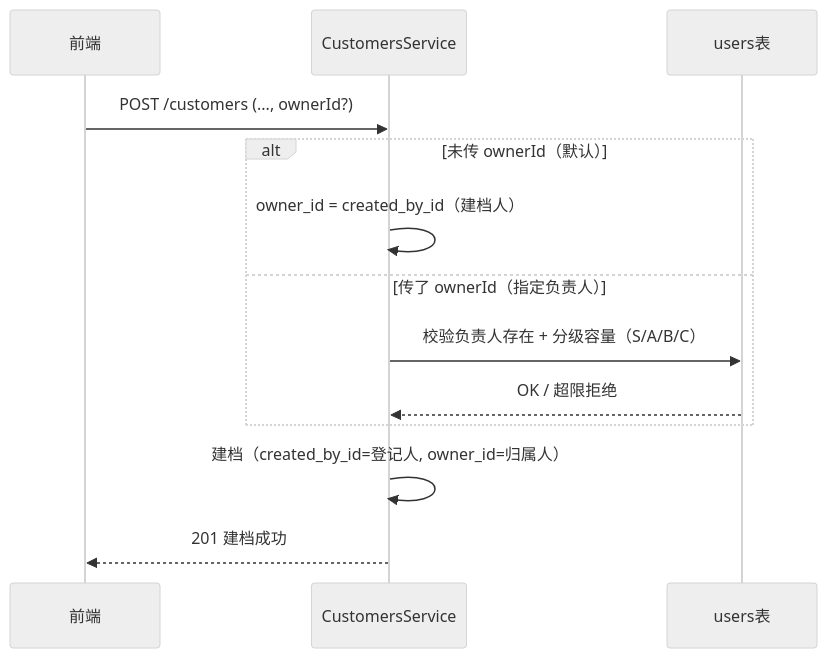
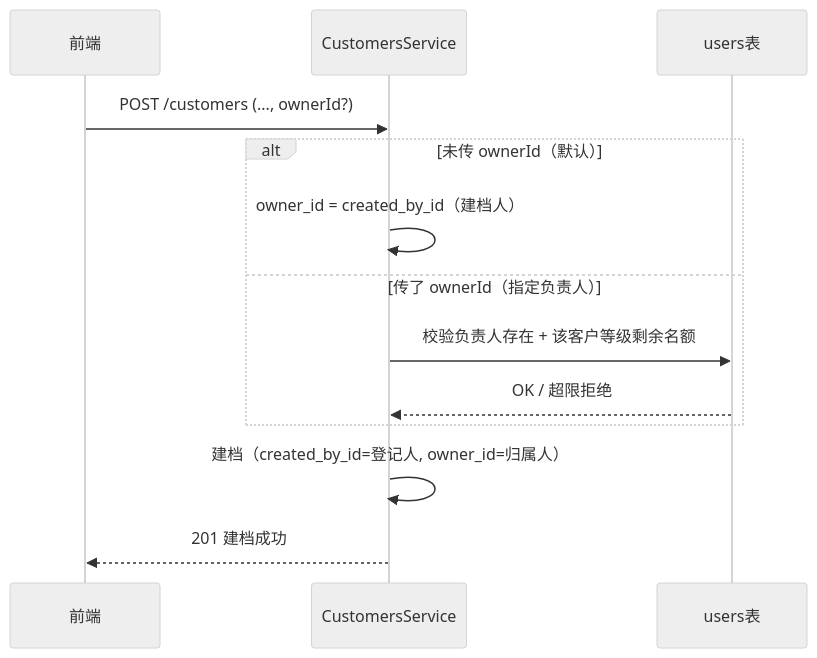
The ninth of 26 diagrams in docs/重构架构决策与实施蓝图.md (lixiname/LITECRM), drawn with Mermaid (neutral theme) before and after one commit. The commit also changed other lines of this file and 8 other files, not shown here.

````diff
--- a/docs/重构架构决策与实施蓝图.md
+++ b/docs/重构架构决策与实施蓝图.md
@@ -809,15 +869,15 @@
 ```mermaid
 sequenceDiagram
     participant F as 前端
     participant S as CustomersService
     participant U as users表
     F->>S: POST /customers (..., ownerId?)
     alt 未传 ownerId（默认）
         S->>S: owner_id = created_by_id（建档人）
     else 传了 ownerId（指定负责人）
-        S->>U: 校验负责人存在 + 分级容量（S/A/B/C）
+        S->>U: 校验负责人存在 + 该客户等级剩余名额
         U-->>S: OK / 超限拒绝
     end
     S->>S: 建档（created_by_id=登记人, owner_id=归属人）
     S-->>F: 201 建档成功
 ```
````
